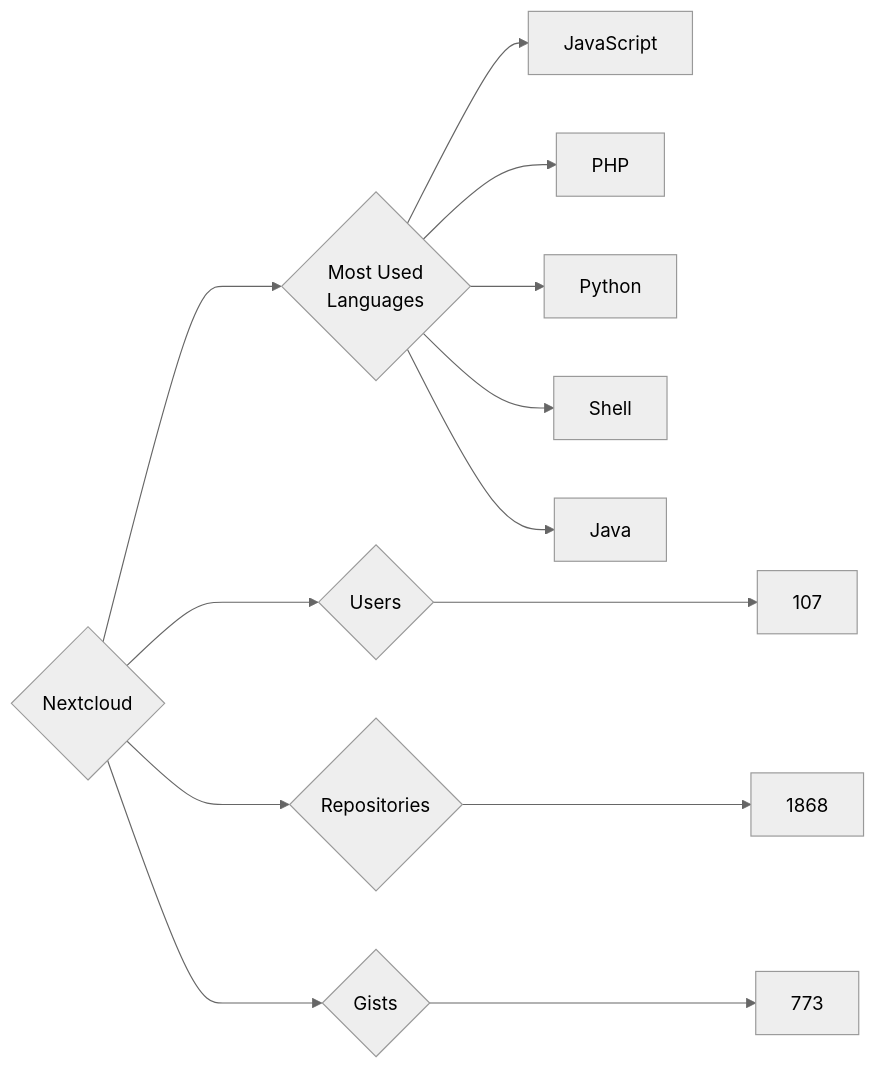
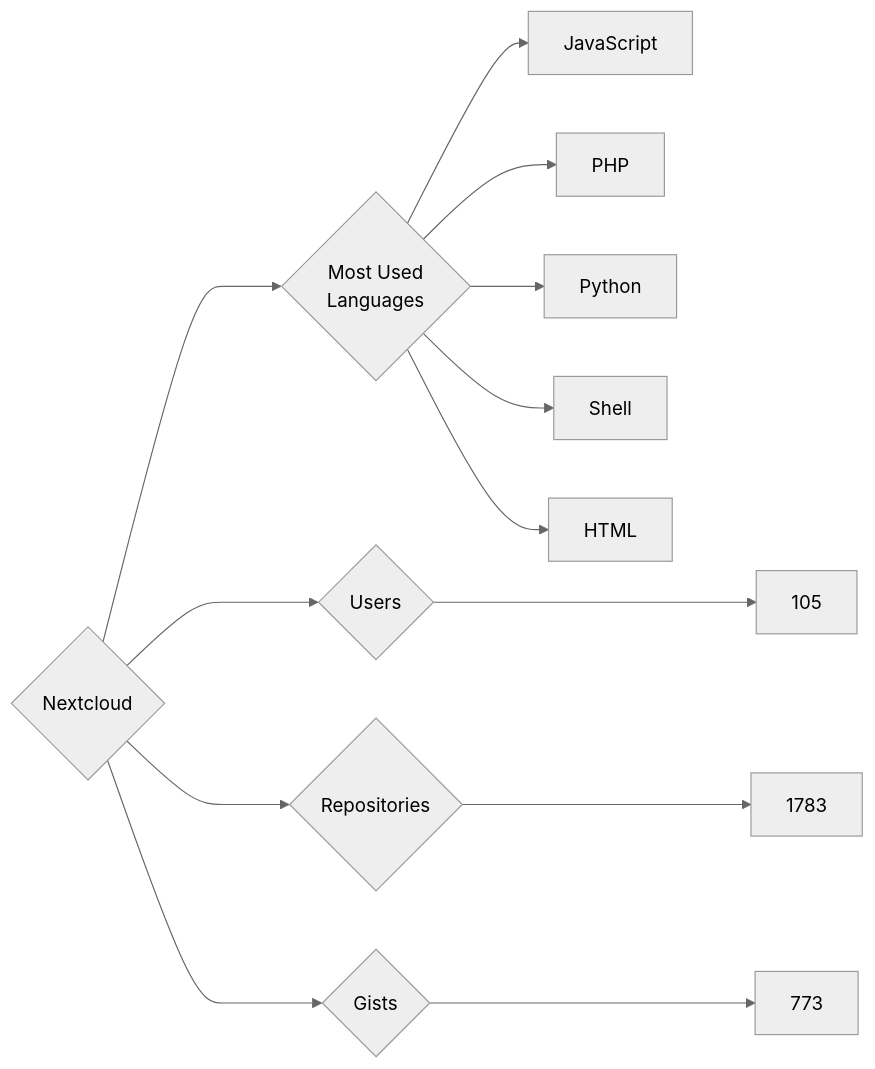
Before and after one commit to trickest/insiders: the diagram in targets/Nextcloud/README.md, drawn with Mermaid (neutral theme). The commit also changed 725 other files, not shown here.

````diff
--- a/targets/Nextcloud/README.md
+++ b/targets/Nextcloud/README.md
@@ -3,13 +3,13 @@
 ```mermaid
 graph LR
 COMPANY_NAME{Nextcloud}
-COMPANY_NAME ---> U{Users} ---> UN[107]
-COMPANY_NAME ---> R{Repositories} ---> RN[1868]
+COMPANY_NAME ---> U{Users} ---> UN[105]
+COMPANY_NAME ---> R{Repositories} ---> RN[1783]
 COMPANY_NAME ---> G{Gists} ---> GN[773]
 COMPANY_NAME ---> ML{Most Used<br>Languages}
 ML --> JavaScript[JavaScript]
 ML --> PHP[PHP]
 ML --> Python[Python]
 ML --> Shell[Shell]
-ML --> Java[Java]
+ML --> HTML[HTML]
 ```
````
